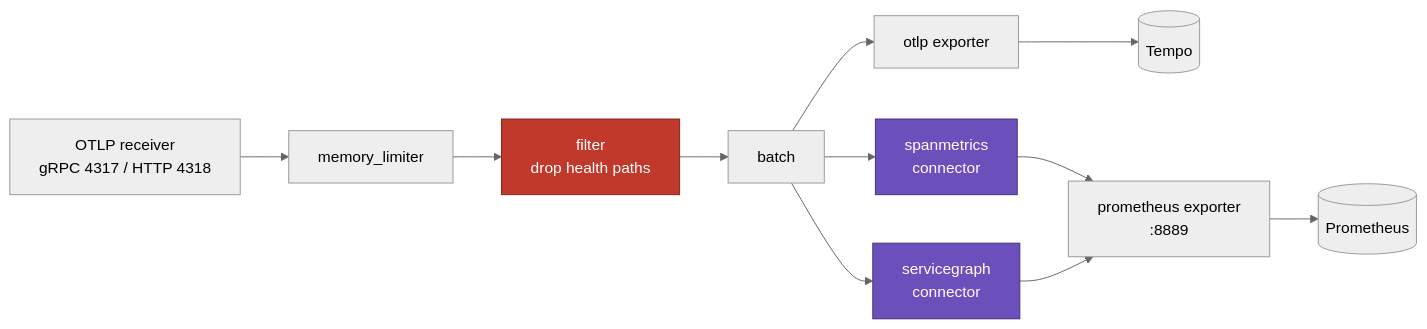
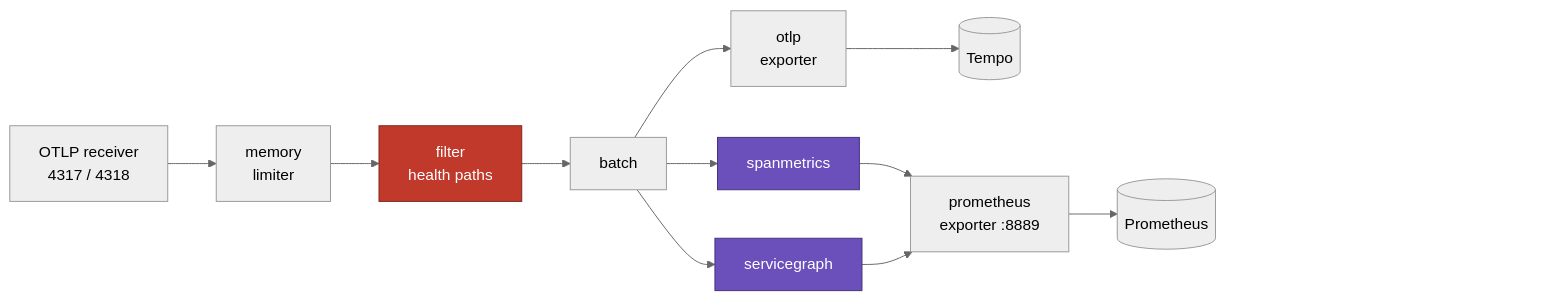
Before and after one commit to Shadikul-Islam/opentelemetry-distributed-tracing: the third of 3 diagrams in README.md, drawn with Mermaid (neutral theme). The commit also changed other lines of this file, not shown here.

Commit message:
Updated README.md file

````diff
--- a/README.md
+++ b/README.md
@@ -357,18 +365,23 @@
 ```mermaid
 flowchart LR
-    R["OTLP receiver<br/>gRPC 4317 / HTTP 4318"] --> ML["memory_limiter"]
-    ML --> F["filter<br/>drop health paths"]
+    R["OTLP receiver<br/>4317 / 4318"] --> ML["memory<br/>limiter"]
+    ML --> F["filter<br/>health paths"]
     F --> B["batch"]
 
-    B --> EX["otlp exporter"] --> TEMPO[("Tempo")]
-    B --> SM["spanmetrics<br/>connector"]
-    B --> SG["servicegraph<br/>connector"]
+    B --> EX["otlp<br/>exporter"] --> TEMPO[("Tempo")]
+    B --> SM["spanmetrics"]
+    B --> SG["servicegraph"]
 
-    SM --> PE["prometheus exporter<br/>:8889"]
+    SM --> PE["prometheus<br/>exporter :8889"]
     SG --> PE
     PE --> PROM[("Prometheus")]
 
+    PROM ~~~ PAD1["&nbsp;&nbsp;&nbsp;&nbsp;&nbsp;&nbsp;&nbsp;&nbsp;&nbsp;&nbsp;&nbsp;&nbsp;&nbsp;&nbsp;"]
+    PAD1 ~~~ PAD2["&nbsp;&nbsp;&nbsp;&nbsp;&nbsp;&nbsp;&nbsp;&nbsp;&nbsp;&nbsp;&nbsp;&nbsp;&nbsp;&nbsp;"]
+
+    style PAD1 fill:none,stroke:none
+    style PAD2 fill:none,stroke:none
     style F fill:#c0392b,stroke:#7d2620,color:#fff
     style SM fill:#6B4FBB,stroke:#463079,color:#fff
     style SG fill:#6B4FBB,stroke:#463079,color:#fff
 ```
````
